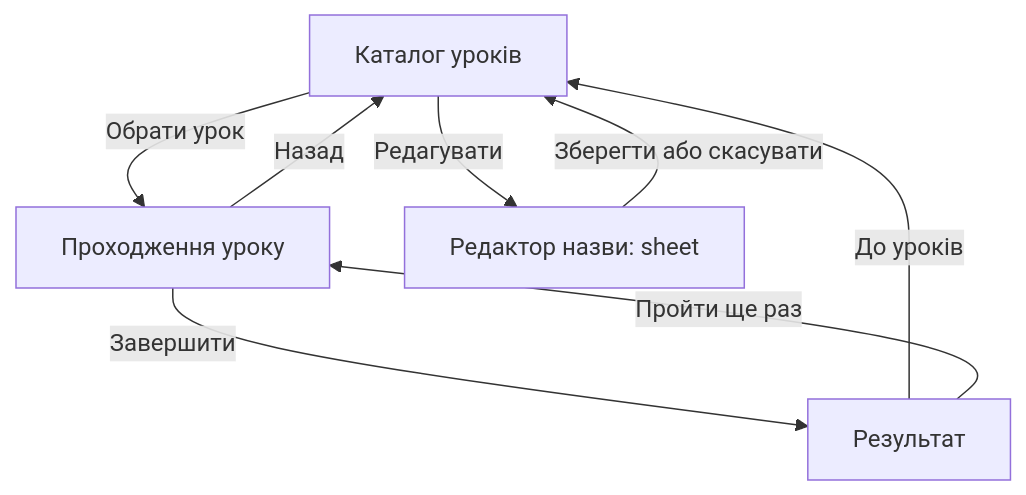
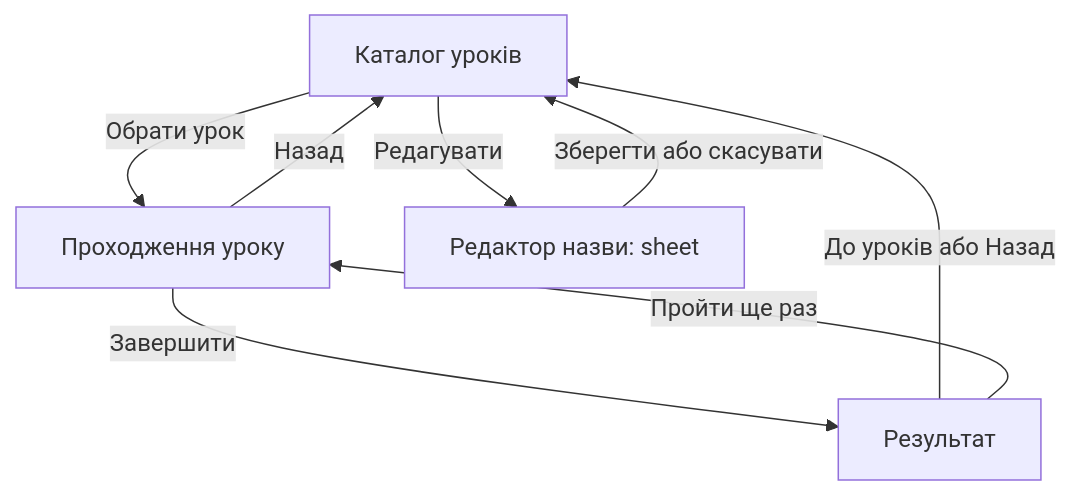
The diagram in docs/navigation.md (generalpygovka/LinguaQuest), drawn with Mermaid before and after one commit. The commit also changed other lines of this file and 2 other files, not shown here.

````diff
--- a/docs/navigation.md
+++ b/docs/navigation.md
@@ -16,10 +14,10 @@
 ```mermaid
 flowchart TD
     Catalog["Каталог уроків"] -->|Обрати урок| Lesson["Проходження уроку"]
     Lesson -->|Завершити| Result["Результат"]
     Lesson -->|Назад| Catalog
-    Result -->|До уроків| Catalog
+    Result -->|До уроків або Назад| Catalog
     Result -->|Пройти ще раз| Lesson
     Catalog -->|Редагувати| Editor["Редактор назви: sheet"]
     Editor -->|Зберегти або скасувати| Catalog
 ```
````
